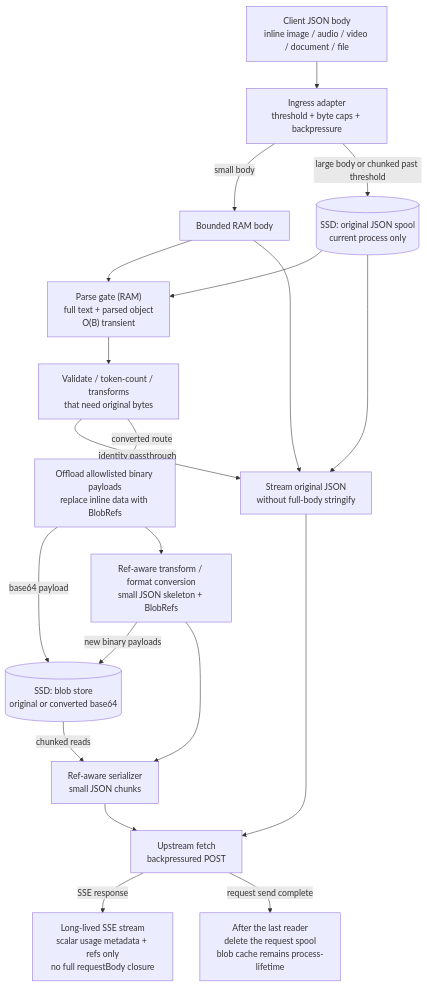
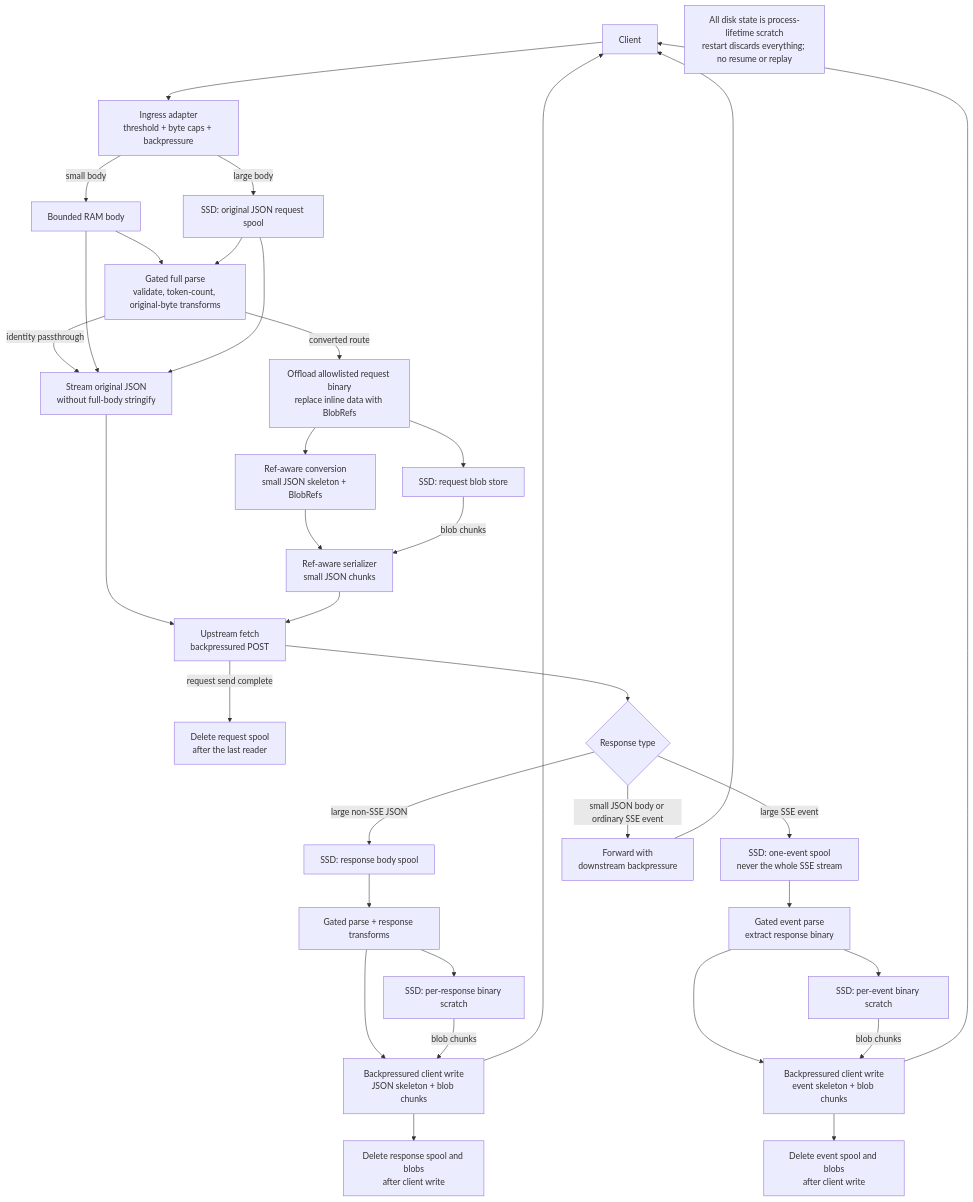
The first of 2 diagrams in docs/architecture/plan-ssd-spool-image-request-bodies.md (qidu/model_proxy_v3), drawn with Mermaid before and after one commit. The commit also changed other lines of this file and 1 other file, not shown here.

Commit message:
docs: update spool design.

````diff
--- a/docs/architecture/plan-ssd-spool-image-request-bodies.md
+++ b/docs/architecture/plan-ssd-spool-image-request-bodies.md
@@ -222,22 +233,37 @@
 ```mermaid
 flowchart TD
-  client["Client JSON body<br/>inline image / audio / video / document / file"] --> adapter["Ingress adapter<br/>threshold + byte caps + backpressure"]
-  adapter -->|small body| memory["Bounded RAM body"]
-  adapter -->|large body or chunked past threshold| requestSpool[("SSD: original JSON spool<br/>current process only")]
-  memory --> parse
-  requestSpool --> parse
-  parse["Parse gate (RAM)<br/>full text + parsed object<br/>O(B) transient"] --> consumers["Validate / token-count / transforms<br/>that need original bytes"]
-  consumers -->|identity passthrough| identity["Stream original JSON<br/>without full-body stringify"]
-  requestSpool --> identity
-  memory --> identity
-  consumers -->|converted route| extract["Offload allowlisted binary payloads<br/>replace inline data with BlobRefs"]
-  extract -->|base64 payload| blobSpool[("SSD: blob store<br/>original or converted base64")]
-  extract --> transform["Ref-aware transform / format conversion<br/>small JSON skeleton + BlobRefs"]
-  transform -->|new binary payloads| blobSpool
-  transform --> serializer["Ref-aware serializer<br/>small JSON chunks"]
-  blobSpool -->|chunked reads| serializer
-  identity --> upstream["Upstream fetch<br/>backpressured POST"]
-  serializer --> upstream
-  upstream -->|SSE response| sse["Long-lived SSE stream<br/>scalar usage metadata + refs only<br/>no full requestBody closure"]
-  upstream -->|request send complete| cleanup["After the last reader<br/>delete the request spool<br/>blob cache remains process-lifetime"]
+  C["Client"] --> I["Ingress adapter<br/>threshold + byte caps + backpressure"]
+  I -->|small body| M["Bounded RAM body"]
+  I -->|large body| RS["SSD: original JSON request spool"]
+  M --> P["Gated full parse<br/>validate, token-count, original-byte transforms"]
+  RS --> P
+  P -->|identity passthrough| ID["Stream original JSON<br/>without full-body stringify"]
+  M --> ID
+  RS --> ID
+  P -->|converted route| X["Offload allowlisted request binary<br/>replace inline data with BlobRefs"]
+  X --> B["SSD: request blob store"]
+  X --> T["Ref-aware conversion<br/>small JSON skeleton + BlobRefs"]
+  T --> S["Ref-aware serializer<br/>small JSON chunks"]
+  B -->|blob chunks| S
+  ID --> U["Upstream fetch<br/>backpressured POST"]
+  S --> U
+  U -->|request send complete| RC["Delete request spool<br/>after the last reader"]
+  U --> R{"Response type"}
+  R -->|large non-SSE JSON| JS["SSD: response body spool"]
+  JS --> JP["Gated parse + response transforms"]
+  JP --> JB["SSD: per-response binary scratch"]
+  JP --> JO["Backpressured client write<br/>JSON skeleton + blob chunks"]
+  JB -->|blob chunks| JO
+  JO --> C
+  JO --> JC["Delete response spool and blobs<br/>after client write"]
+  R -->|large SSE event| ES["SSD: one-event spool<br/>never the whole SSE stream"]
+  ES --> EP["Gated event parse<br/>extract response binary"]
+  EP --> EB["SSD: per-event binary scratch"]
+  EP --> EO["Backpressured client write<br/>event skeleton + blob chunks"]
+  EB -->|blob chunks| EO
+  EO --> C
+  EO --> EC["Delete event spool and blobs<br/>after client write"]
+  R -->|small JSON body or ordinary SSE event| BP["Forward with<br/>downstream backpressure"]
+  BP --> C
+  N["All disk state is process-lifetime scratch<br/>restart discards everything; no resume or replay"]
 ```
````
